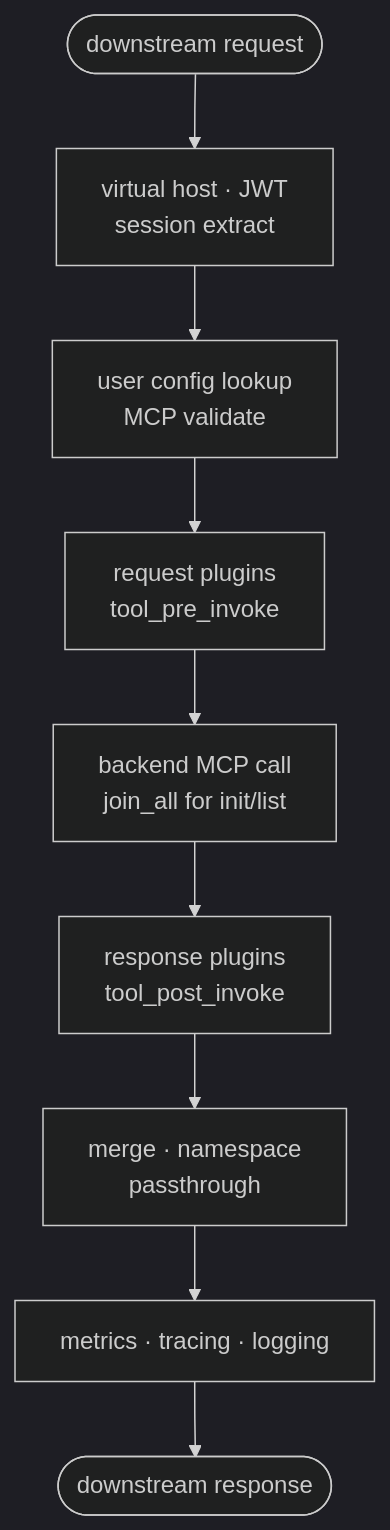
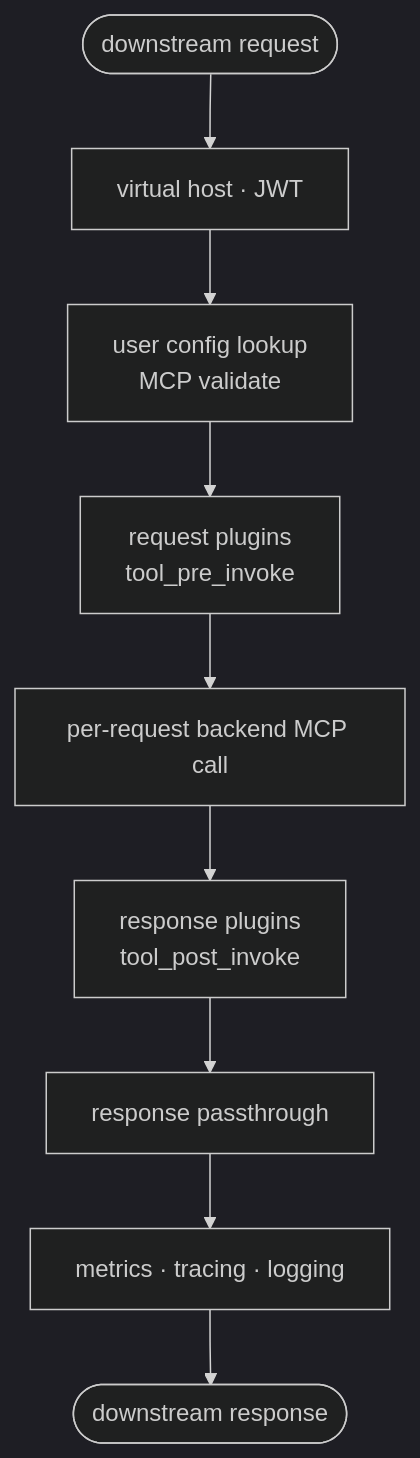
One commit to contextforge-gateway-rs/contextforge-gateway-rs changed the second of 2 diagrams in _context/wiki/architecture.md. Above: the diagram before and after it, drawn with Mermaid (dark theme). The commit also changed other lines of this file and 10 other files, not shown here.

````diff
--- a/_context/wiki/architecture.md
+++ b/_context/wiki/architecture.md
@@ -65,13 +63,13 @@
 ```mermaid
 flowchart TD
     D(["downstream request"])
-    A["virtual host · JWT\nsession extract"]
+    A["virtual host · JWT"]
     C["user config lookup\nMCP validate"]
     P1["request plugins\ntool_pre_invoke"]
-    B["backend MCP call\njoin_all for init/list"]
+    B["per-request backend MCP call"]
     P2["response plugins\ntool_post_invoke"]
-    M["merge · namespace\npassthrough"]
+    M["response passthrough"]
     T["metrics · tracing · logging"]
     U(["downstream response"])
     D --> A --> C --> P1 --> B --> P2 --> M --> T --> U
 ```
````
